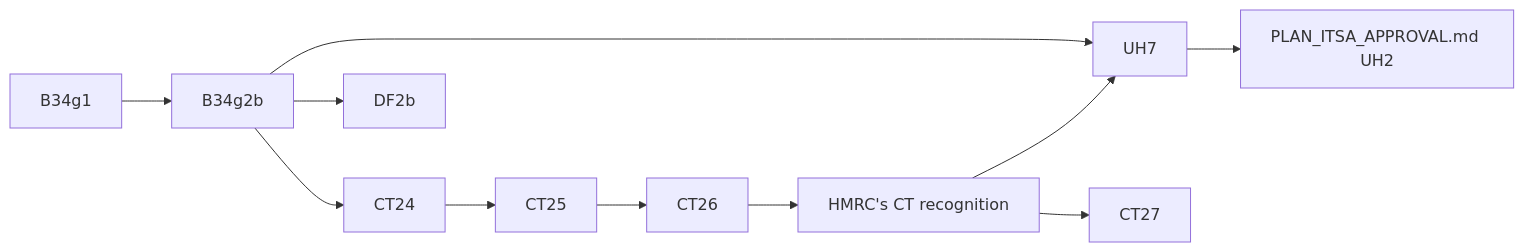
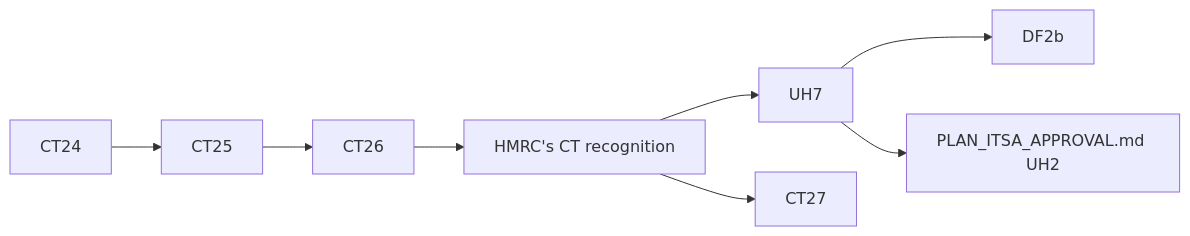
The diagram in PLAN_HMRC_CT_APPROVAL.md (diy-accounting-uk/submit.diyaccounting.co.uk), drawn with Mermaid before and after one commit. The commit also changed other lines of this file and 1 other file, not shown here.

````diff
--- a/PLAN_HMRC_CT_APPROVAL.md
+++ b/PLAN_HMRC_CT_APPROVAL.md
@@ -74,13 +67,10 @@
 ```mermaid
 flowchart LR
-    B34g1 --> B34g2b
-    B34g2b --> CT24
     CT24 --> CT25
     CT25 --> CT26
     CT26 --> REC["HMRC's CT recognition"]
     REC --> UH7
+    UH7 --> DF2b
     REC --> CT27
-    B34g2b --> DF2b
-    B34g2b --> UH7
     UH7 --> UH2["PLAN_ITSA_APPROVAL.md UH2"]
 ```
````
